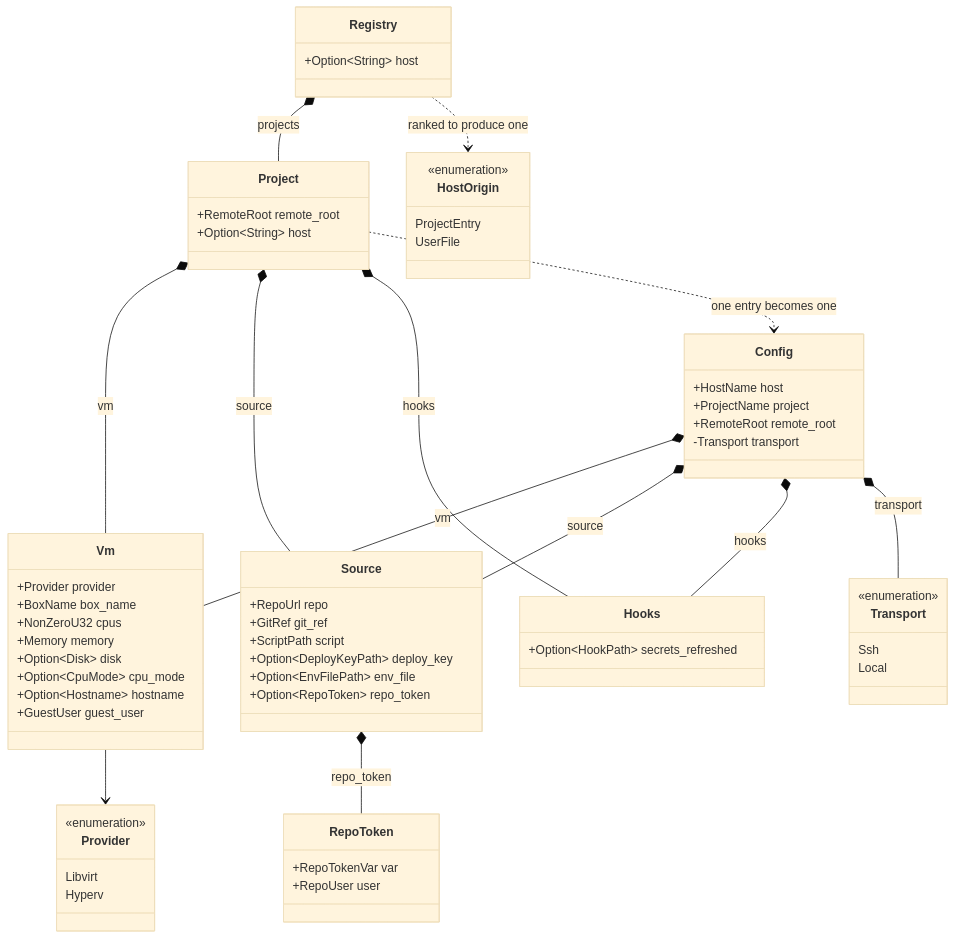
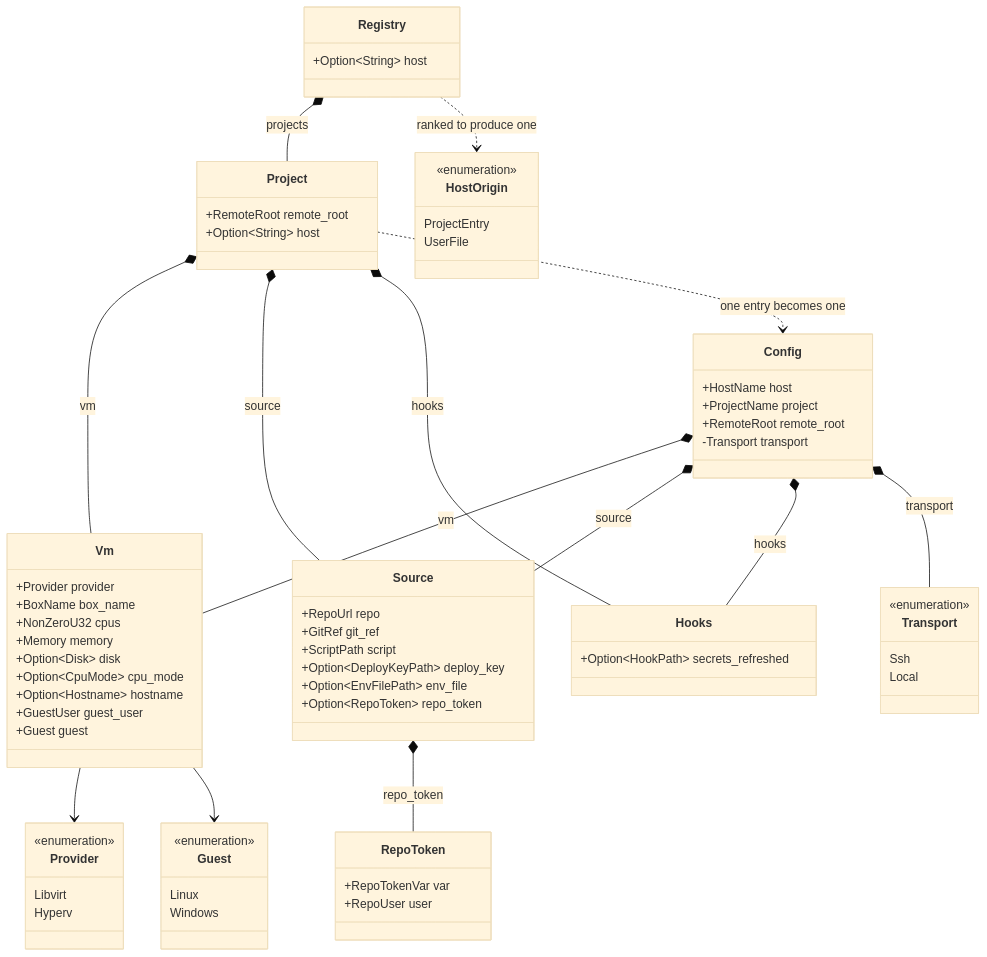
One commit to breki/bombyx changed the third of 6 diagrams in docs/architecture.md. Above: the diagram before and after it, drawn with Mermaid (base theme). The commit also changed 6 other files, not shown here.

First line of the commit message:
feat: add a guest key and boot Windows guests over winssh

````diff
--- a/docs/architecture.md
+++ b/docs/architecture.md
@@ -151,69 +151,76 @@
 ```mermaid
 classDiagram
   class Config {
     +HostName host
     +ProjectName project
     +RemoteRoot remote_root
     -Transport transport
   }
   class Vm {
     +Provider provider
     +BoxName box_name
     +NonZeroU32 cpus
     +Memory memory
     +Option~Disk~ disk
     +Option~CpuMode~ cpu_mode
     +Option~Hostname~ hostname
     +GuestUser guest_user
+    +Guest guest
   }
   class Source {
     +RepoUrl repo
     +GitRef git_ref
     +ScriptPath script
     +Option~DeployKeyPath~ deploy_key
     +Option~EnvFilePath~ env_file
     +Option~RepoToken~ repo_token
   }
   class RepoToken {
     +RepoTokenVar var
     +RepoUser user
   }
   class Hooks {
     +Option~HookPath~ secrets_refreshed
   }
   class Provider {
     <<enumeration>>
     Libvirt
     Hyperv
+  }
+  class Guest {
+    <<enumeration>>
+    Linux
+    Windows
   }
   class Registry {
     +Option~String~ host
   }
   class Project {
     +RemoteRoot remote_root
     +Option~String~ host
   }
   class HostOrigin {
     <<enumeration>>
     ProjectEntry
     UserFile
   }
   class Transport {
     <<enumeration>>
     Ssh
     Local
   }
 
   Config *-- Vm : vm
   Config *-- Source : source
   Config *-- Hooks : hooks
   Config *-- Transport : transport
   Registry *-- Project : projects
   Project *-- Vm : vm
   Project *-- Source : source
   Project *-- Hooks : hooks
   Project ..> Config : one entry becomes one
   Vm --> Provider
+  Vm --> Guest
   Source *-- RepoToken : repo_token
   Registry ..> HostOrigin : ranked to produce one
 ```
````
